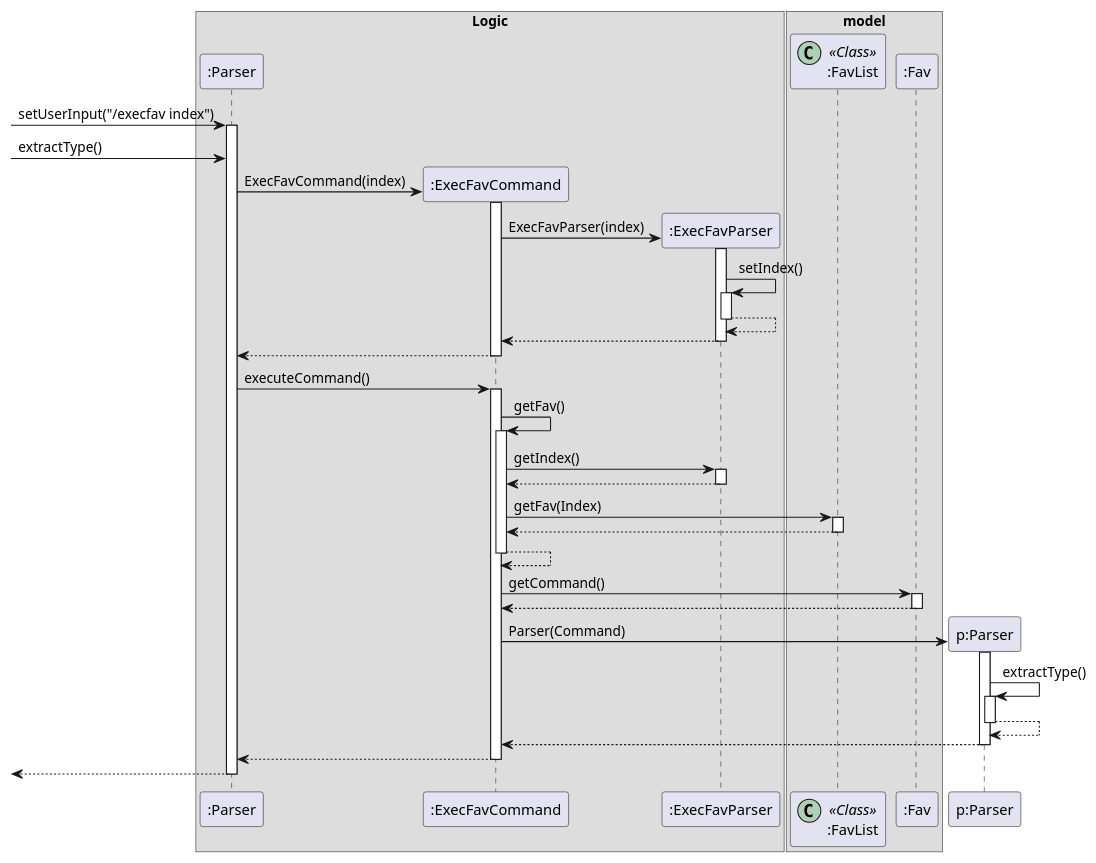
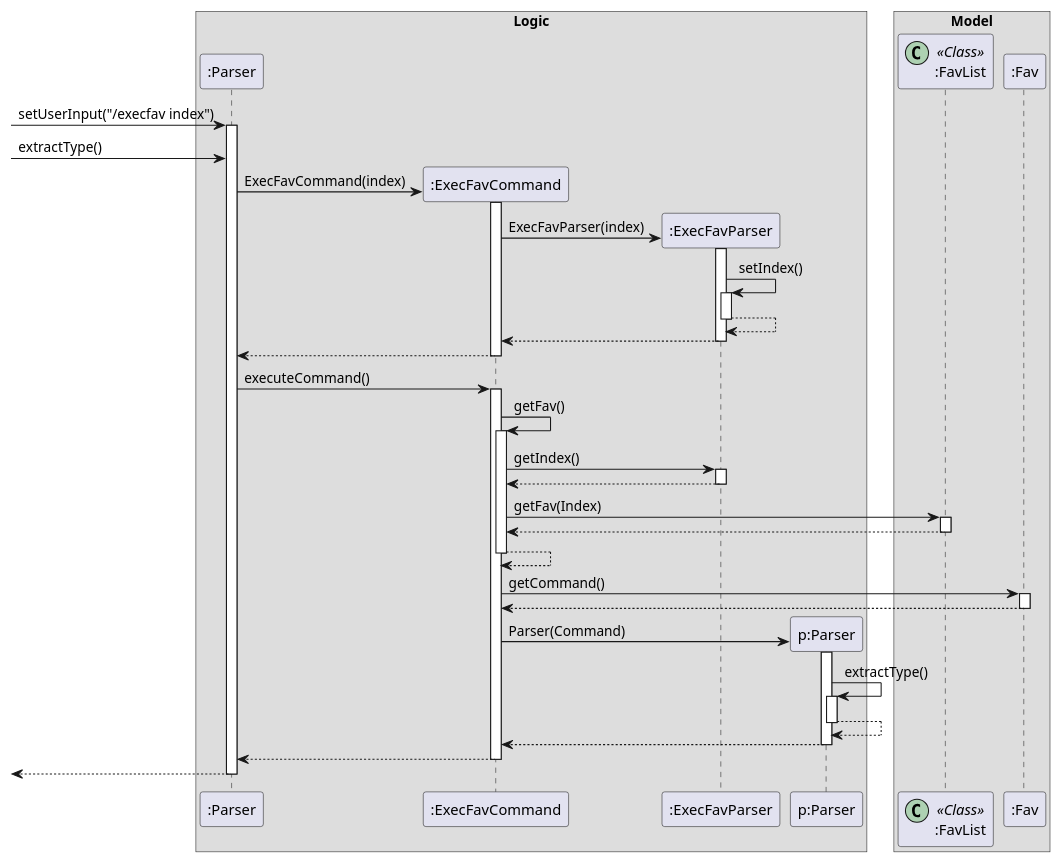
Before and after one commit to nus-cs2113-AY2021S1/tp: the diagram in docs/DG_Diagrams/ExecFavCommand.puml, drawn with PlantUML.

Commit message:
Update ExecFavCommand PUML

```diff
--- a/docs/DG_Diagrams/ExecFavCommand.puml
+++ b/docs/DG_Diagrams/ExecFavCommand.puml
@@ -1,64 +1,73 @@
 @startuml
 box Logic
+participant ":Parser"
+participant ":ExecFavCommand"
+participant ":ExecFavParser"
+participant "p:Parser"
+end box
+
+box Model
+participant ":FavList" <<(C,#ADD1B2) Class>>
+participant ":Fav"
+end box
+
 [-> ":Parser": setUserInput("/execfav index")
 activate ":Parser"
 [-> ":Parser": extractType()
 
 create ":ExecFavCommand"
 ":Parser" -> ":ExecFavCommand": ExecFavCommand(index)
 activate ":ExecFavCommand"
 
 create ":ExecFavParser"
 ":ExecFavCommand" -> ":ExecFavParser": ExecFavParser(index)
 activate ":ExecFavParser"
 ":ExecFavParser" -> ":ExecFavParser": setIndex()
 activate ":ExecFavParser"
 ":ExecFavParser" --> ":ExecFavParser"
 deactivate ":ExecFavParser"
 ":ExecFavParser"-->":ExecFavCommand"
 deactivate ":ExecFavParser"
 ":ExecFavCommand"--> ":Parser"
 deactivate ":ExecFavCommand"
 
 ":Parser" -> ":ExecFavCommand": executeCommand()
 activate ":ExecFavCommand"
 ":ExecFavCommand" ->":ExecFavCommand": getFav()
 activate ":ExecFavCommand"
 ":ExecFavCommand" -> ":ExecFavParser": getIndex()
 activate ":ExecFavParser"
 ":ExecFavParser"-->":ExecFavCommand"
 deactivate ":ExecFavParser"
-end box
 
-box model
-participant ":FavList" <<(C,#ADD1B2) Class>>
+
+
 ":ExecFavCommand" -> ":FavList": getFav(Index)
 activate ":FavList"
 ":FavList" --> ":ExecFavCommand"
 deactivate ":FavList"
 ":ExecFavCommand" --> ":ExecFavCommand"
 deactivate ":ExecFavCommand"
 ":ExecFavCommand" -> ":Fav": getCommand()
 activate ":Fav"
 ":Fav"-->":ExecFavCommand"
 deactivate ":Fav"
-end box
 
 create "p:Parser"
 ":ExecFavCommand" -> "p:Parser": Parser(Command)
 activate "p:Parser"
 "p:Parser"->"p:Parser": extractType()
 activate "p:Parser"
 "p:Parser"-->"p:Parser"
 deactivate "p:Parser"
 "p:Parser"-->":ExecFavCommand"
 deactivate "p:Parser"
 ":ExecFavCommand"--> ":Parser"
 deactivate ":ExecFavCommand"
 [<--":Parser"
 deactivate ":Parser"
 
 
 
 
 @enduml
```
